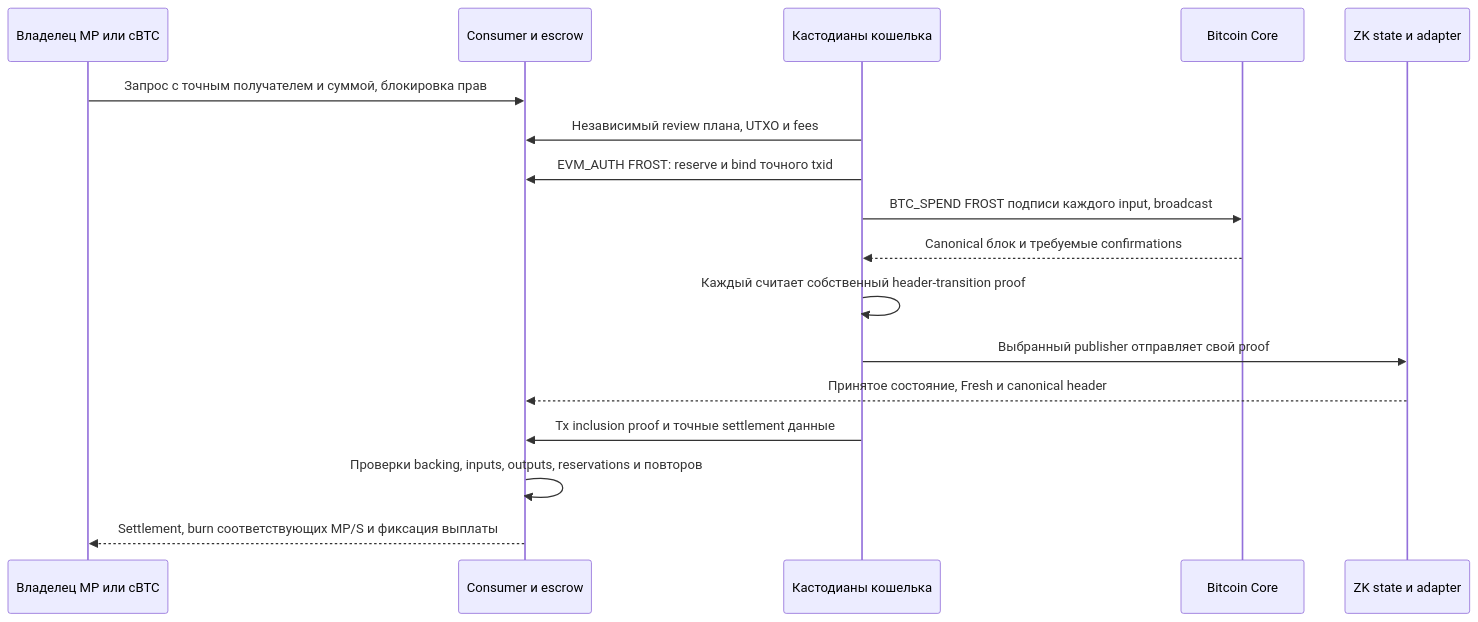
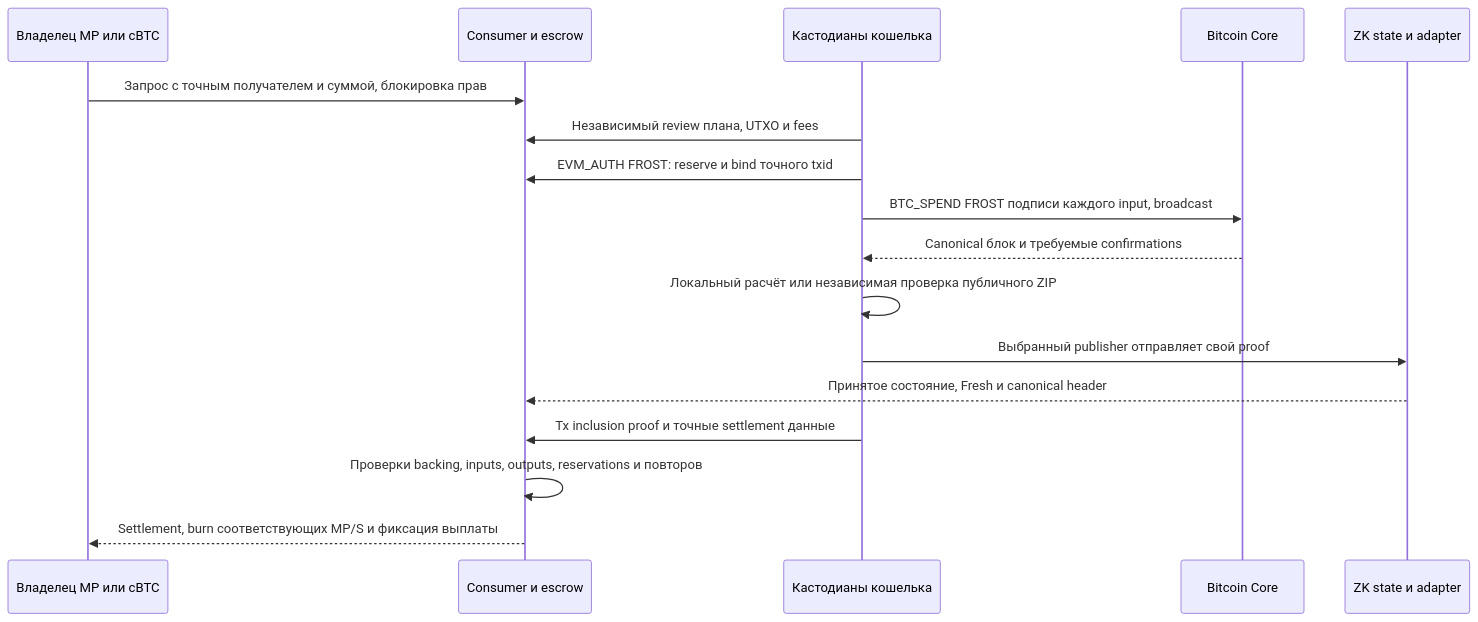
One commit to SergeyBelets/SatFiSetup changed the fourth of 4 diagrams in docs/FROST_ZK_LIFECYCLE.md. Above: the diagram before and after it, drawn with Mermaid. The commit also changed other lines of this file and 3468 other files, not shown here.

````diff
--- a/docs/FROST_ZK_LIFECYCLE.md
+++ b/docs/FROST_ZK_LIFECYCLE.md
@@ -367,19 +375,19 @@
 ```mermaid
 sequenceDiagram
     participant O as Владелец MP или cBTC
     participant E as Consumer и escrow
     participant C as Кастодианы кошелька
     participant B as Bitcoin Core
     participant Z as ZK state и adapter
     O->>E: Запрос с точным получателем и суммой, блокировка прав
     C->>E: Независимый review плана, UTXO и fees
     C->>E: EVM_AUTH FROST: reserve и bind точного txid
     C->>B: BTC_SPEND FROST подписи каждого input, broadcast
     B-->>C: Canonical блок и требуемые confirmations
-    C->>C: Каждый считает собственный header-transition proof
+    C->>C: Локальный расчёт или независимая проверка публичного ZIP
     C->>Z: Выбранный publisher отправляет свой proof
     Z-->>E: Принятое состояние, Fresh и canonical header
     C->>E: Tx inclusion proof и точные settlement данные
     E->>E: Проверки backing, inputs, outputs, reservations и повторов
     E-->>O: Settlement, burn соответствующих MP/S и фиксация выплаты
 ```
````
